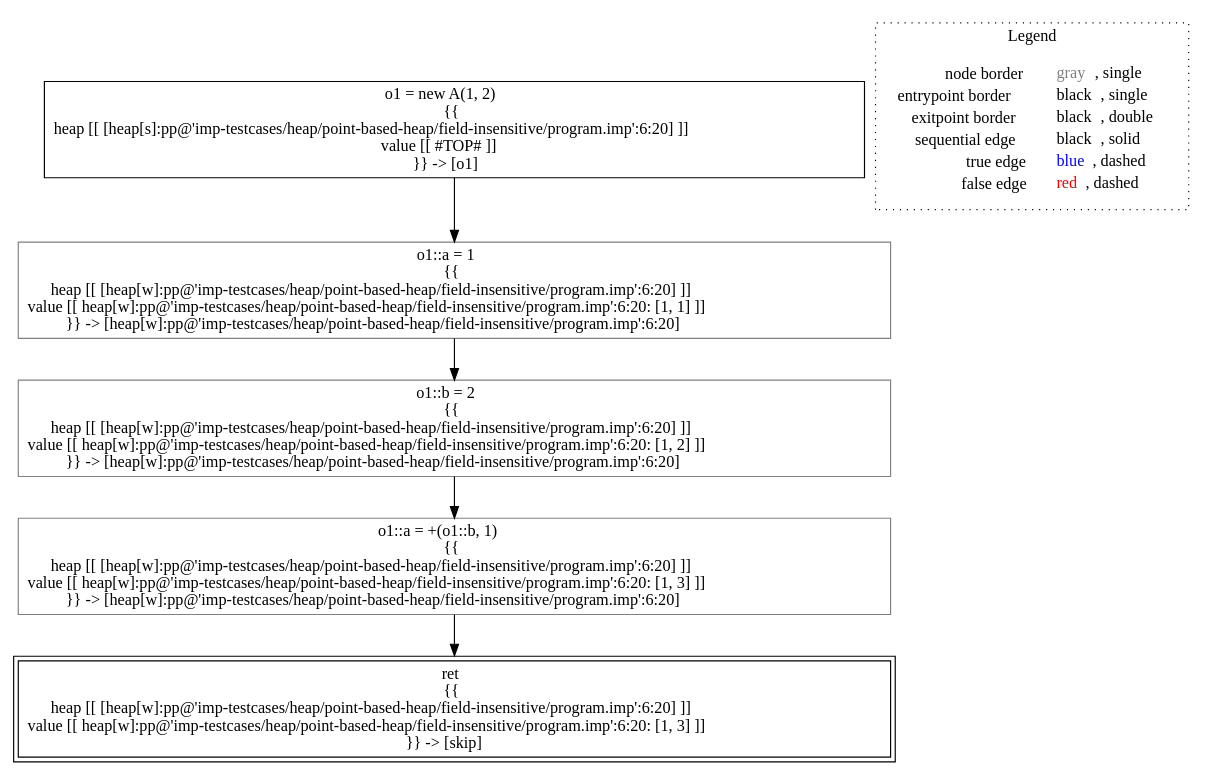
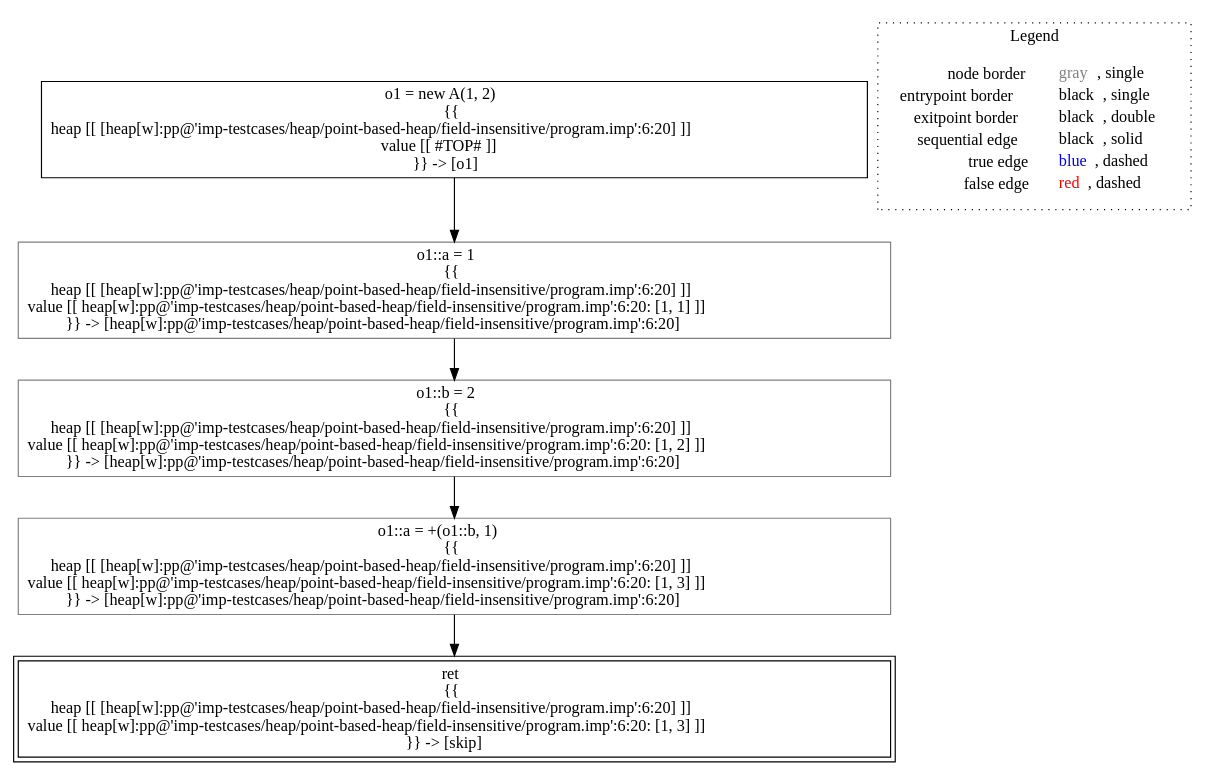
The diagram in lisa/imp-testcases/heap/point-based-heap/field-insensitive/analysis___untyped_A.f1(A_this).dot (lisa-analyzer/lisa), drawn with Graphviz before and after one commit. The commit also changed 8 other files, not shown here.

Commit message:
#95 completely removed substitutions from point based heap analyses

```diff
--- a/lisa/imp-testcases/heap/point-based-heap/field-insensitive/analysis___untyped_A.f1(A_this).dot
+++ b/lisa/imp-testcases/heap/point-based-heap/field-insensitive/analysis___untyped_A.f1(A_this).dot
@@ -1,18 +1,18 @@
 digraph {
-	"node0" [shape="rect",color="black",label=<o1 = new A(1, 2)<BR/>{{<BR/>heap [[ [heap[s]:pp@'imp-testcases/heap/point-based-heap/field-insensitive/program.imp':6:20] ]]<BR/>value [[ #TOP# ]]<BR/>}} -&gt; [o1]>];
-	"node1" [shape="rect",color="gray",label=<o1::a = 1<BR/>{{<BR/>heap [[ [heap[w]:pp@'imp-testcases/heap/point-based-heap/field-insensitive/program.imp':6:20] ]]<BR/>value [[ heap[w]:pp@'imp-testcases/heap/point-based-heap/field-insensitive/program.imp':6:20: [1, 1] ]]<BR/>}} -&gt; [heap[w]:pp@'imp-testcases/heap/point-based-heap/field-insensitive/program.imp':6:20]>];
-	"node2" [shape="rect",color="gray",label=<o1::b = 2<BR/>{{<BR/>heap [[ [heap[w]:pp@'imp-testcases/heap/point-based-heap/field-insensitive/program.imp':6:20] ]]<BR/>value [[ heap[w]:pp@'imp-testcases/heap/point-based-heap/field-insensitive/program.imp':6:20: [1, 2] ]]<BR/>}} -&gt; [heap[w]:pp@'imp-testcases/heap/point-based-heap/field-insensitive/program.imp':6:20]>];
-	"node3" [shape="rect",color="gray",label=<o1::a = +(o1::b, 1)<BR/>{{<BR/>heap [[ [heap[w]:pp@'imp-testcases/heap/point-based-heap/field-insensitive/program.imp':6:20] ]]<BR/>value [[ heap[w]:pp@'imp-testcases/heap/point-based-heap/field-insensitive/program.imp':6:20: [1, 3] ]]<BR/>}} -&gt; [heap[w]:pp@'imp-testcases/heap/point-based-heap/field-insensitive/program.imp':6:20]>];
-	"node4" [shape="rect",color="black",peripheries="2",label=<ret<BR/>{{<BR/>heap [[ [heap[w]:pp@'imp-testcases/heap/point-based-heap/field-insensitive/program.imp':6:20] ]]<BR/>value [[ heap[w]:pp@'imp-testcases/heap/point-based-heap/field-insensitive/program.imp':6:20: [1, 3] ]]<BR/>}} -&gt; [skip]>];
+	"node0" [shape="rect",color="black",label=<o1 = new A(1, 2)<BR/>{{<BR/>heap [[ [heap[w]:pp@'imp-testcases/heap/point-based-heap/field-insensitive/program.imp':6:20] ]]<BR/>value [[ #TOP# ]]<BR/>}} -&gt; [o1]>];
+	"node1" [shape="rect",color="gray",label=<o1::a = +(o1::b, 1)<BR/>{{<BR/>heap [[ [heap[w]:pp@'imp-testcases/heap/point-based-heap/field-insensitive/program.imp':6:20] ]]<BR/>value [[ heap[w]:pp@'imp-testcases/heap/point-based-heap/field-insensitive/program.imp':6:20: [1, 3] ]]<BR/>}} -&gt; [heap[w]:pp@'imp-testcases/heap/point-based-heap/field-insensitive/program.imp':6:20]>];
+	"node2" [shape="rect",color="black",peripheries="2",label=<ret<BR/>{{<BR/>heap [[ [heap[w]:pp@'imp-testcases/heap/point-based-heap/field-insensitive/program.imp':6:20] ]]<BR/>value [[ heap[w]:pp@'imp-testcases/heap/point-based-heap/field-insensitive/program.imp':6:20: [1, 3] ]]<BR/>}} -&gt; [skip]>];
+	"node3" [shape="rect",color="gray",label=<o1::a = 1<BR/>{{<BR/>heap [[ [heap[w]:pp@'imp-testcases/heap/point-based-heap/field-insensitive/program.imp':6:20] ]]<BR/>value [[ heap[w]:pp@'imp-testcases/heap/point-based-heap/field-insensitive/program.imp':6:20: [1, 1] ]]<BR/>}} -&gt; [heap[w]:pp@'imp-testcases/heap/point-based-heap/field-insensitive/program.imp':6:20]>];
+	"node4" [shape="rect",color="gray",label=<o1::b = 2<BR/>{{<BR/>heap [[ [heap[w]:pp@'imp-testcases/heap/point-based-heap/field-insensitive/program.imp':6:20] ]]<BR/>value [[ heap[w]:pp@'imp-testcases/heap/point-based-heap/field-insensitive/program.imp':6:20: [1, 2] ]]<BR/>}} -&gt; [heap[w]:pp@'imp-testcases/heap/point-based-heap/field-insensitive/program.imp':6:20]>];
 	"node1" -> "node2" [color="black"];
-	"node2" -> "node3" [color="black"];
+	"node0" -> "node3" [color="black"];
 	"node3" -> "node4" [color="black"];
-	"node0" -> "node1" [color="black"];
+	"node4" -> "node1" [color="black"];
 subgraph cluster_legend {
 	label="Legend";
 	style=dotted;
 	node [shape=plaintext];
 	"legend" [label=<<table border="0" cellpadding="2" cellspacing="0" cellborder="0"><tr><td align="right">node border&nbsp;</td><td align="left"><font color="gray">gray</font>, single</td></tr><tr><td align="right">entrypoint border&nbsp;</td><td align="left"><font color="black">black</font>, single</td></tr><tr><td align="right">exitpoint border&nbsp;</td><td align="left"><font color="black">black</font>, double</td></tr><tr><td align="right">sequential edge&nbsp;</td><td align="left"><font color="black">black</font>, solid</td></tr><tr><td align="right">true edge&nbsp;</td><td align="left"><font color="blue">blue</font>, dashed</td></tr><tr><td align="right">false edge&nbsp;</td><td align="left"><font color="red">red</font>, dashed</td></tr></table>>];
 }
 
 }
```
